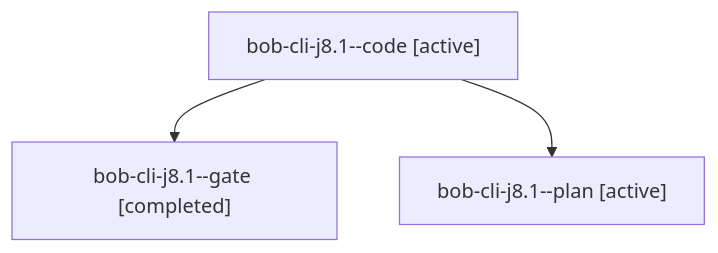
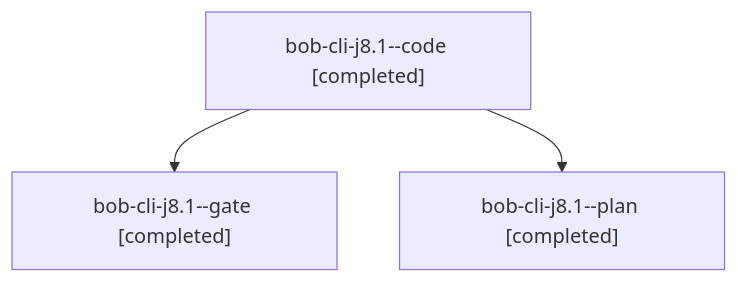
The diagram in sessions/bbugyi200.apollo.bob-cli-j8.1.md (bobs-org/bob-cli--agents), drawn with Mermaid before and after one commit. The commit also changed other lines of this file and 26 other files, not shown here.

````diff
--- a/sessions/bbugyi200.apollo.bob-cli-j8.1.md
+++ b/sessions/bbugyi200.apollo.bob-cli-j8.1.md
@@ -9,8 +9,8 @@
 ```mermaid
 flowchart TD
-  n0["bob-cli-j8.1--code [active]"]
+  n0["bob-cli-j8.1--code [completed]"]
   n1["bob-cli-j8.1--gate [completed]"]
   n0 --> n1
-  n2["bob-cli-j8.1--plan [active]"]
+  n2["bob-cli-j8.1--plan [completed]"]
   n0 --> n2
 ```
````
